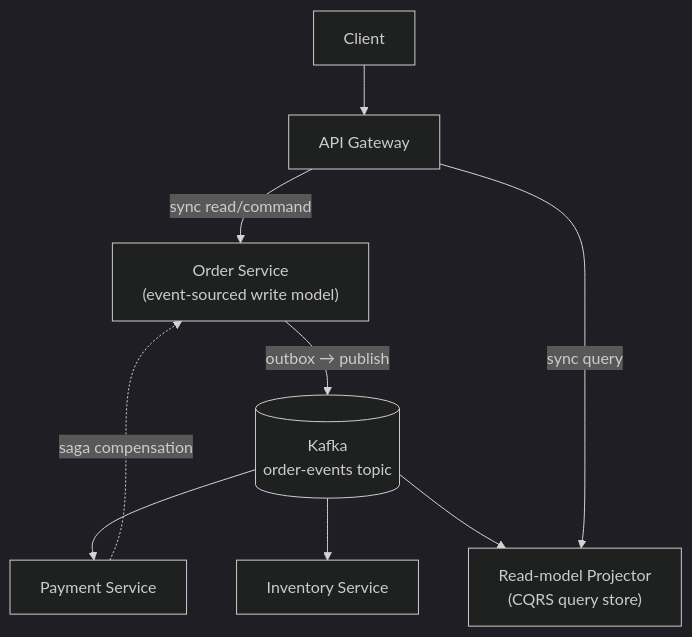
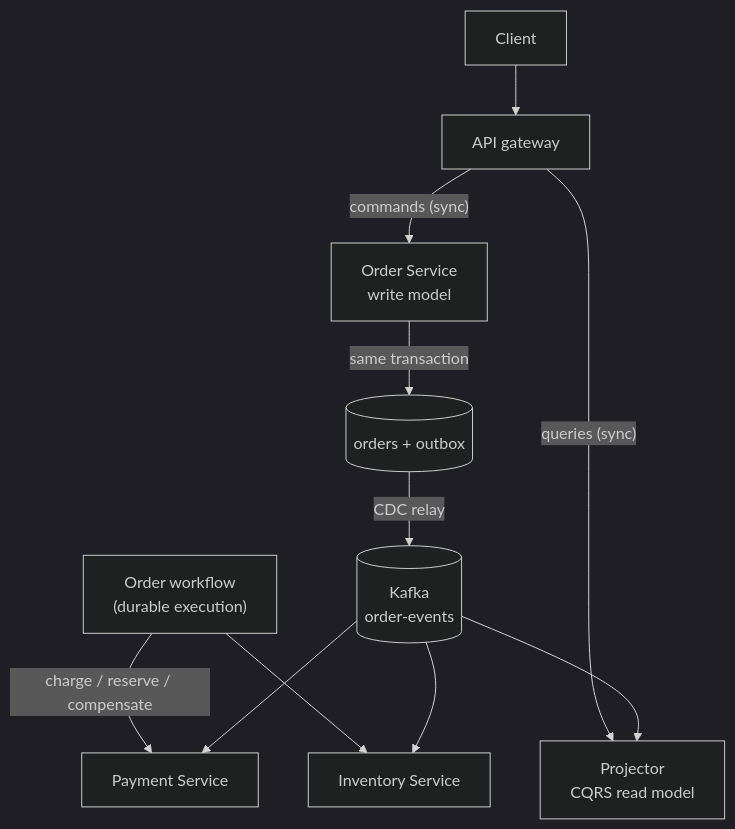
The tenth of 10 diagrams in github-pages/docs/distributed-systems/microservices-and-event-driven.md (AndrewAltimit/Documentation), drawn with Mermaid (dark theme) before and after one commit. The commit also changed other lines of this file and 240 other files, not shown here.

````diff
--- a/github-pages/docs/distributed-systems/microservices-and-event-driven.md
+++ b/github-pages/docs/distributed-systems/microservices-and-event-driven.md
@@ -443,11 +523,13 @@
 ```mermaid
 flowchart TD
-    Client --> GW["API Gateway"]
-    GW -->|sync read/command| OrderSvc["Order Service<br/>(event-sourced write model)"]
-    OrderSvc -->|outbox → publish| Kafka[("Kafka<br/>order-events topic")]
+    Client --> GW["API gateway"]
+    GW -->|"commands (sync)"| OrderSvc["Order Service<br/>write model"]
+    OrderSvc -->|"same transaction"| Outbox[("orders + outbox")]
+    Outbox -->|"CDC relay"| Kafka[("Kafka<br/>order-events")]
     Kafka --> PaySvc["Payment Service"]
     Kafka --> InvSvc["Inventory Service"]
-    Kafka --> Proj["Read-model Projector<br/>(CQRS query store)"]
-    PaySvc -.saga compensation.-> OrderSvc
-    GW -->|sync query| Proj
+    Kafka --> Proj["Projector<br/>CQRS read model"]
+    WF["Order workflow<br/>(durable execution)"] -->|"charge / reserve / compensate"| PaySvc
+    WF --> InvSvc
+    GW -->|"queries (sync)"| Proj
 ```
````
